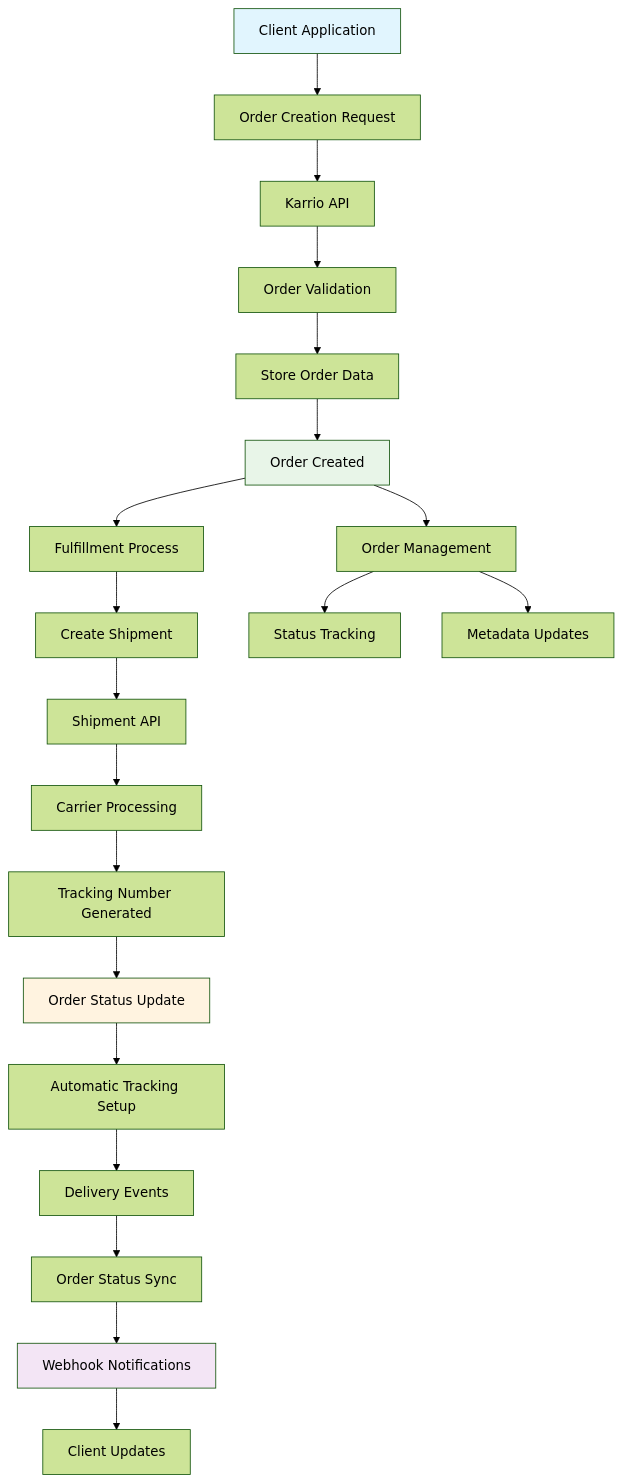
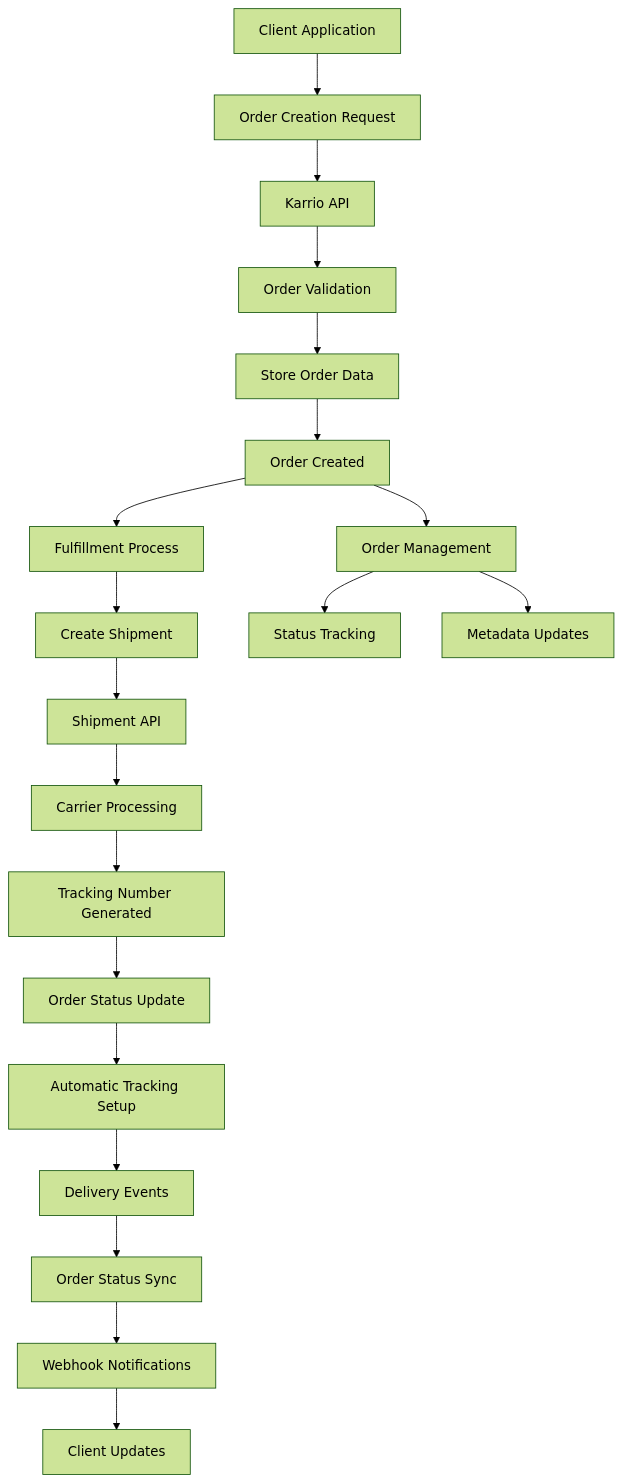
The first of 2 diagrams in apps/web/src/app/docs/products/orders/page.mdx (karrioapi/karrio), drawn with Mermaid (forest theme) before and after one commit. The commit also changed other lines of this file and 34 other files, not shown here.

````diff
--- a/apps/web/src/app/docs/products/orders/page.mdx
+++ b/apps/web/src/app/docs/products/orders/page.mdx
@@ -67,33 +67,30 @@
 ```mermaid
 flowchart TD
     A[Client Application] --> B[Order Creation Request]
     B --> C[Karrio API]
     C --> D[Order Validation]
     D --> E[Store Order Data]
 
     E --> F[Order Created]
     F --> G[Fulfillment Process]
 
     G --> H[Create Shipment]
     H --> I[Shipment API]
     I --> J[Carrier Processing]
 
     J --> K[Tracking Number Generated]
     K --> L[Order Status Update]
     L --> M[Automatic Tracking Setup]
 
     M --> N[Delivery Events]
     N --> O[Order Status Sync]
     O --> P[Webhook Notifications]
 
     P --> Q[Client Updates]
 
     F --> R[Order Management]
     R --> S[Status Tracking]
     R --> T[Metadata Updates]
 
-    style A fill:#e1f5fe
-    style F fill:#e8f5e8
-    style L fill:#fff3e0
-    style P fill:#f3e5f5
+    
 ```
````
